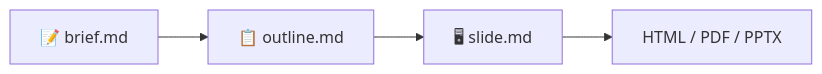
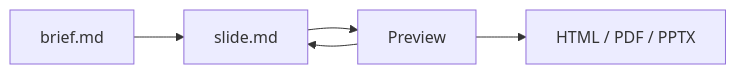
Before and after one commit to takumi-nishimura/MarpAgent: the diagram in decks/example/slide.md, drawn with Mermaid. The commit also changed other lines of this file and 20 other files, not shown here.

````diff
--- a/decks/example/slide.md
+++ b/decks/example/slide.md
@@ -68,5 +68,7 @@
 ```mermaid
 graph LR
-    A["📝 brief.md"] --> B["📋 outline.md"] --> C["🖥 slide.md"]
+    A["brief.md"] --> B["slide.md"]
+    B --> C["Preview"]
+    C --> B
     C --> D["HTML / PDF / PPTX"]
 ```
````
